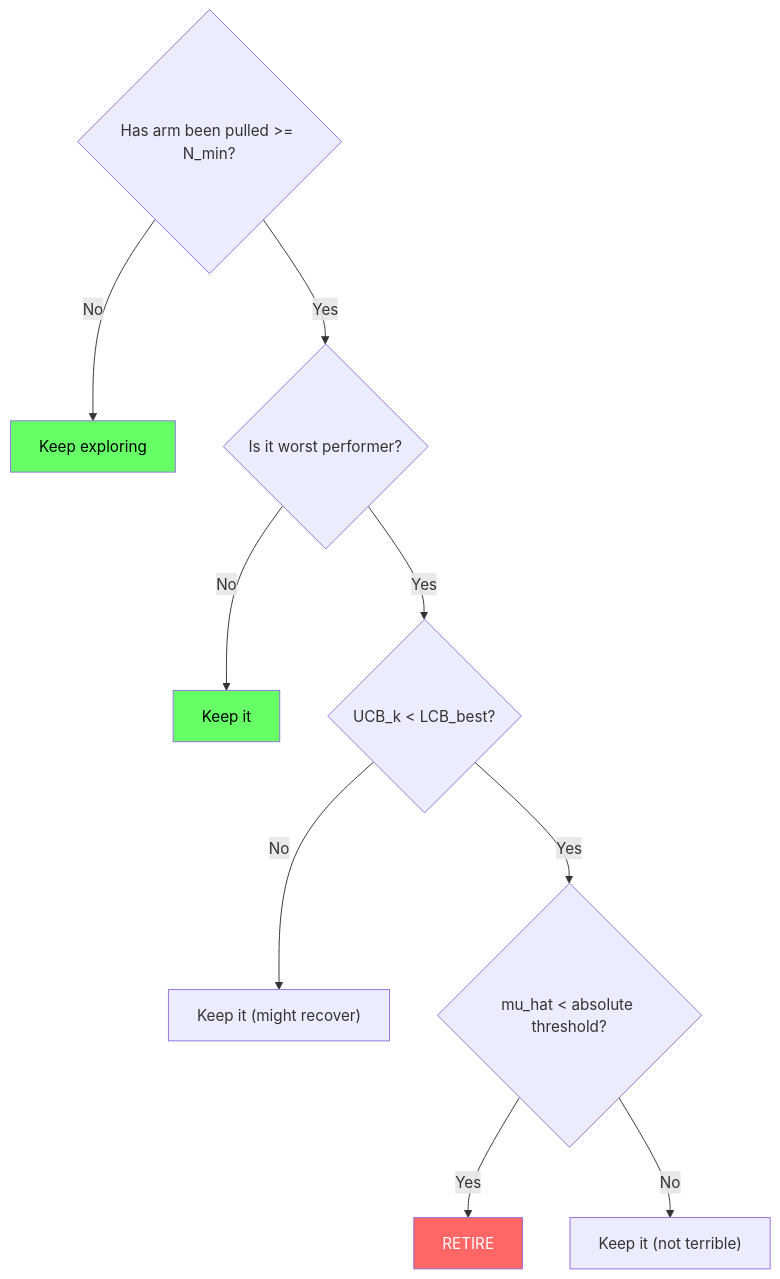
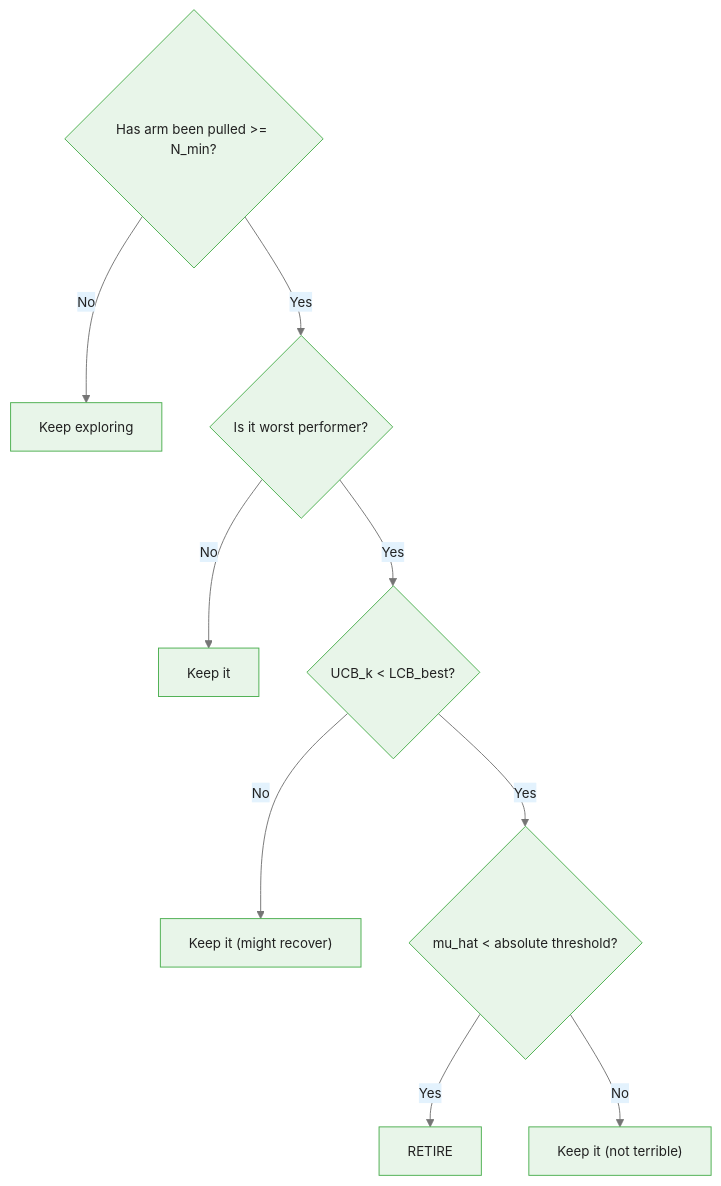
Before and after one commit to m-deane/course-creator: the second of 5 diagrams in courses/multi-armed-bandits-ab-testing/modules/module_04_content_growth_optimization/guides/03_arm_management_slides.md, drawn with Mermaid. The commit also changed other lines of this file and 146 other files, not shown here.

````diff
--- a/courses/multi-armed-bandits-ab-testing/modules/module_04_content_growth_optimization/guides/03_arm_management_slides.md
+++ b/courses/multi-armed-bandits-ab-testing/modules/module_04_content_growth_optimization/guides/03_arm_management_slides.md
@@ -63,16 +81,13 @@
 ```mermaid
+%%{init: {"theme": "base", "themeVariables": {"primaryColor": "#e8f5e9", "primaryBorderColor": "#4caf50", "primaryTextColor": "#212121", "secondaryColor": "#e3f2fd", "tertiaryColor": "#fff8e1", "lineColor": "#757575", "fontFamily": "Inter, sans-serif", "fontSize": "14px"}}}%%
 flowchart TD
     Q1{"Has arm been pulled >= N_min?"}
     Q1 -->|No| Keep1["Keep exploring"]
     Q1 -->|Yes| Q2{"Is it worst performer?"}
     Q2 -->|No| Keep2["Keep it"]
     Q2 -->|Yes| Q3{"UCB_k < LCB_best?"}
     Q3 -->|No| Keep3["Keep it (might recover)"]
     Q3 -->|Yes| Q4{"mu_hat < absolute threshold?"}
     Q4 -->|Yes| Retire["RETIRE"]
     Q4 -->|No| Keep4["Keep it (not terrible)"]
-
-    style Retire fill:#f66,color:#fff
-    style Keep1 fill:#6f6,color:#000
-    style Keep2 fill:#6f6,color:#000
 ```
````
